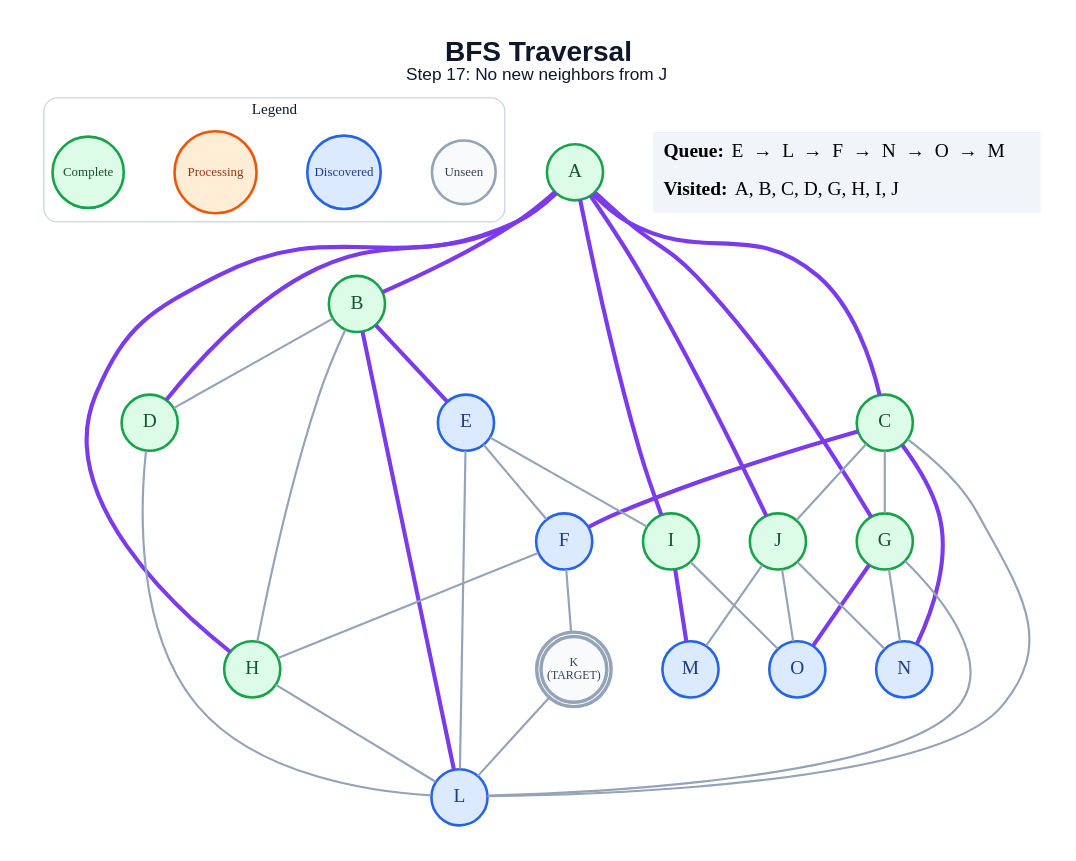
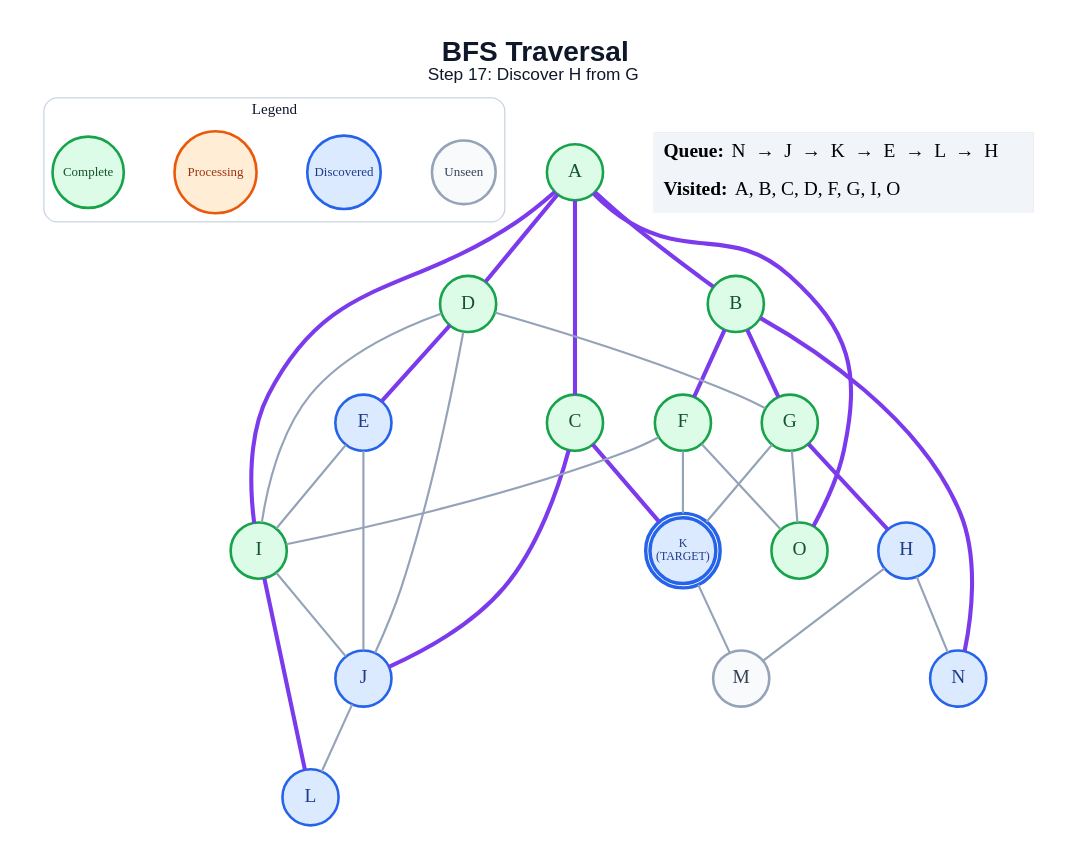
Before and after one commit to anon7238593-create/ai-slop: the diagram in generated/specific-node/bfs/step_17.dot, drawn with Graphviz. The commit also changed 257 other files, not shown here.

```diff
--- a/generated/specific-node/bfs/step_17.dot
+++ b/generated/specific-node/bfs/step_17.dot
@@ -1,66 +1,62 @@
 graph traversal {
   graph [layout=dot, rankdir=TB, bgcolor="#FFFFFF", pad="0.35", nodesep="0.65", ranksep="0.8", fontname="Arial"];
   node [shape=circle, style="filled", fontname="Arial Bold", fontsize=18, width=0.72, fixedsize=true, penwidth=2.4];
   edge [color="#94A3B8", penwidth=2.0];
-  label=<<B>BFS Traversal</B><BR/><FONT POINT-SIZE="16">Step 17: No new neighbors from J</FONT>>; labelloc="t"; fontsize=26; fontname="Arial"; fontcolor="#0F172A";
+  label=<<B>BFS Traversal</B><BR/><FONT POINT-SIZE="16">Step 17: Discover H from G</FONT>>; labelloc="t"; fontsize=26; fontname="Arial"; fontcolor="#0F172A";
   subgraph cluster_legend { label="Legend"; color="#CBD5E1"; penwidth=1.2; style="rounded"; fontsize=14; fontname="Arial Bold";
     key_unseen [label="Unseen", fillcolor="#F8FAFC", color="#94A3B8", fontcolor="#334155", fontsize=12, width=0.82];
     key_frontier [label="Discovered", fillcolor="#DBEAFE", color="#2563EB", fontcolor="#1E3A8A", fontsize=12, width=0.95];
     key_current [label="Processing", fillcolor="#FFEDD5", color="#EA580C", fontcolor="#9A3412", fontsize=12, width=1.05];
     key_done [label="Complete", fillcolor="#DCFCE7", color="#16A34A", fontcolor="#14532D", fontsize=12, width=0.92];
     { rank=same; key_unseen; key_frontier; key_current; key_done; }
   }
   A [label="A", fillcolor="#DCFCE7", color="#16A34A", fontcolor="#14532D", peripheries=1, penwidth=2.4];
   B [label="B", fillcolor="#DCFCE7", color="#16A34A", fontcolor="#14532D", peripheries=1, penwidth=2.4];
   C [label="C", fillcolor="#DCFCE7", color="#16A34A", fontcolor="#14532D", peripheries=1, penwidth=2.4];
   D [label="D", fillcolor="#DCFCE7", color="#16A34A", fontcolor="#14532D", peripheries=1, penwidth=2.4];
   E [label="E", fillcolor="#DBEAFE", color="#2563EB", fontcolor="#1E3A8A", peripheries=1, penwidth=2.4];
-  F [label="F", fillcolor="#DBEAFE", color="#2563EB", fontcolor="#1E3A8A", peripheries=1, penwidth=2.4];
+  F [label="F", fillcolor="#DCFCE7", color="#16A34A", fontcolor="#14532D", peripheries=1, penwidth=2.4];
   G [label="G", fillcolor="#DCFCE7", color="#16A34A", fontcolor="#14532D", peripheries=1, penwidth=2.4];
-  H [label="H", fillcolor="#DCFCE7", color="#16A34A", fontcolor="#14532D", peripheries=1, penwidth=2.4];
+  H [label="H", fillcolor="#DBEAFE", color="#2563EB", fontcolor="#1E3A8A", peripheries=1, penwidth=2.4];
   I [label="I", fillcolor="#DCFCE7", color="#16A34A", fontcolor="#14532D", peripheries=1, penwidth=2.4];
-  J [label="J", fillcolor="#DCFCE7", color="#16A34A", fontcolor="#14532D", peripheries=1, penwidth=2.4];
-  K [label="K\n(TARGET)", fillcolor="#F8FAFC", color="#94A3B8", fontcolor="#334155", peripheries=2, penwidth=3.2, fontsize=11, width=0.85, height=0.85];
+  J [label="J", fillcolor="#DBEAFE", color="#2563EB", fontcolor="#1E3A8A", peripheries=1, penwidth=2.4];
+  K [label="K\n(TARGET)", fillcolor="#DBEAFE", color="#2563EB", fontcolor="#1E3A8A", peripheries=2, penwidth=3.2, fontsize=11, width=0.85, height=0.85];
   L [label="L", fillcolor="#DBEAFE", color="#2563EB", fontcolor="#1E3A8A", peripheries=1, penwidth=2.4];
-  M [label="M", fillcolor="#DBEAFE", color="#2563EB", fontcolor="#1E3A8A", peripheries=1, penwidth=2.4];
+  M [label="M", fillcolor="#F8FAFC", color="#94A3B8", fontcolor="#334155", peripheries=1, penwidth=2.4];
   N [label="N", fillcolor="#DBEAFE", color="#2563EB", fontcolor="#1E3A8A", peripheries=1, penwidth=2.4];
-  O [label="O", fillcolor="#DBEAFE", color="#2563EB", fontcolor="#1E3A8A", peripheries=1, penwidth=2.4];
+  O [label="O", fillcolor="#DCFCE7", color="#16A34A", fontcolor="#14532D", peripheries=1, penwidth=2.4];
   A -- B [color="#7C3AED", penwidth=3.8];
   A -- C [color="#7C3AED", penwidth=3.8];
   A -- D [color="#7C3AED", penwidth=3.8];
-  A -- G [color="#7C3AED", penwidth=3.8];
-  A -- H [color="#7C3AED", penwidth=3.8];
   A -- I [color="#7C3AED", penwidth=3.8];
-  A -- J [color="#7C3AED", penwidth=3.8];
-  B -- D;
-  B -- E [color="#7C3AED", penwidth=3.8];
-  B -- H;
-  B -- L [color="#7C3AED", penwidth=3.8];
-  C -- F [color="#7C3AED", penwidth=3.8];
-  C -- G;
-  C -- J;
-  C -- L;
-  C -- N [color="#7C3AED", penwidth=3.8];
-  D -- L;
-  E -- F;
+  A -- O [color="#7C3AED", penwidth=3.8];
+  B -- F [color="#7C3AED", penwidth=3.8];
+  B -- G [color="#7C3AED", penwidth=3.8];
+  B -- N [color="#7C3AED", penwidth=3.8];
+  C -- J [color="#7C3AED", penwidth=3.8];
+  C -- K [color="#7C3AED", penwidth=3.8];
+  D -- E [color="#7C3AED", penwidth=3.8];
+  D -- G;
+  D -- I;
+  D -- J;
   E -- I;
-  E -- L;
-  F -- H;
+  E -- J;
+  F -- I;
   F -- K;
-  G -- L;
-  G -- N;
-  G -- O [color="#7C3AED", penwidth=3.8];
-  H -- L;
-  I -- M [color="#7C3AED", penwidth=3.8];
-  I -- O;
-  J -- M;
-  J -- N;
-  J -- O;
-  K -- L;
+  F -- O;
+  G -- H [color="#7C3AED", penwidth=3.8];
+  G -- K;
+  G -- O;
+  H -- M;
+  H -- N;
+  I -- J;
+  I -- L [color="#7C3AED", penwidth=3.8];
+  J -- L;
+  K -- M;
   status [shape=plain, fixedsize=false, width=0, height=0, margin=0, label=<
     <TABLE BORDER="0" CELLBORDER="0" CELLPADDING="7" BGCOLOR="#F1F5F9">
-      <TR><TD ALIGN="LEFT"><B>Queue:</B> E  →  L  →  F  →  N  →  O  →  M</TD></TR>
-      <TR><TD ALIGN="LEFT"><B>Visited:</B> A, B, C, D, G, H, I, J</TD></TR>
+      <TR><TD ALIGN="LEFT"><B>Queue:</B> N  →  J  →  K  →  E  →  L  →  H</TD></TR>
+      <TR><TD ALIGN="LEFT"><B>Visited:</B> A, B, C, D, F, G, I, O</TD></TR>
     </TABLE>
   >];
 }
```
